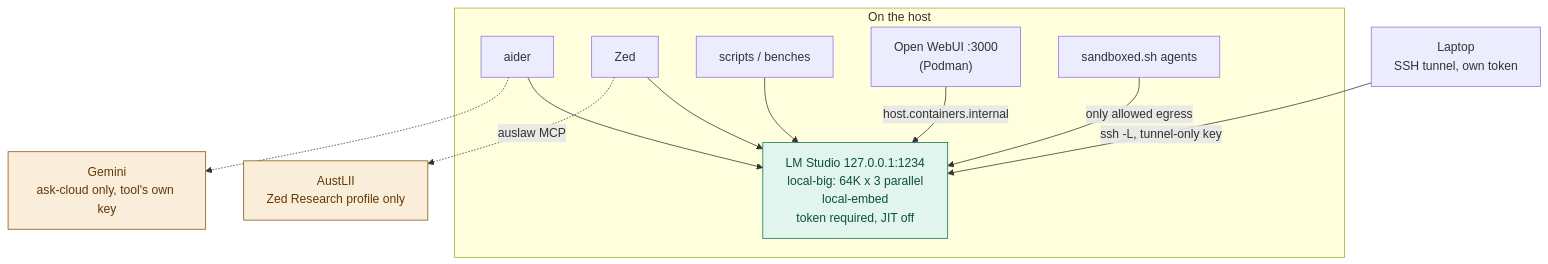
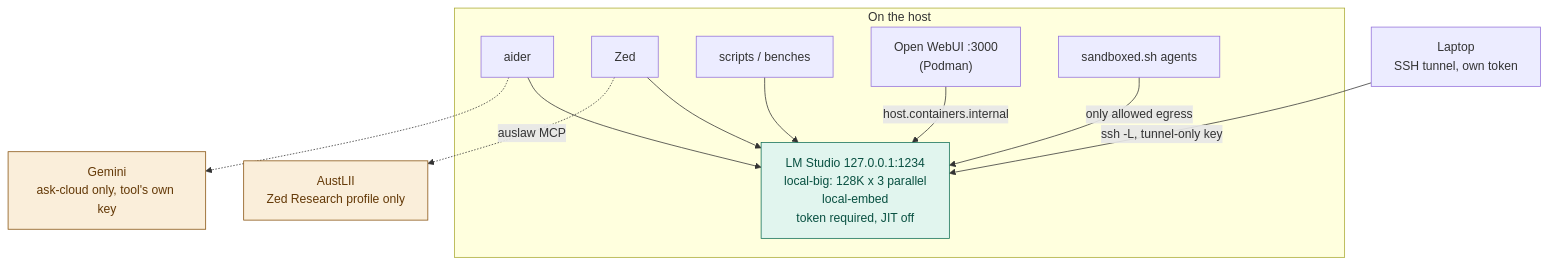
One commit to ouster/hearth changed the diagram in docs/ARCHITECTURE.md. Above: the diagram before and after it, drawn with Mermaid. The commit also changed other lines of this file and 32 other files, not shown here.

First line of the commit message:
Raise local-big context to 128K and close the migration review findings.

````diff
--- a/docs/ARCHITECTURE.md
+++ b/docs/ARCHITECTURE.md
@@ -11,29 +11,29 @@
 ```mermaid
 flowchart TB
     subgraph onHost["On the host"]
         aider["aider"]
         zed["Zed"]
         scripts["scripts / benches"]
         webui["Open WebUI :3000<br/>(Podman)"]
         sbx["sandboxed.sh agents"]
-        lms["LM Studio 127.0.0.1:1234<br/>local-big: 64K x 3 parallel<br/>local-embed<br/>token required, JIT off"]
+        lms["LM Studio 127.0.0.1:1234<br/>local-big: 128K x 3 parallel<br/>local-embed<br/>token required, JIT off"]
     end
 
     laptop["Laptop<br/>SSH tunnel, own token"]
     cloud["Gemini<br/>ask-cloud only, tool's own key"]
     austlii["AustLII<br/>Zed Research profile only"]
 
     aider --> lms
     zed --> lms
     scripts --> lms
     webui -->|"host.containers.internal"| lms
     sbx -->|"only allowed egress"| lms
     laptop -->|"ssh -L, tunnel-only key"| lms
     aider -.-> cloud
     zed -.->|"auslaw MCP"| austlii
 
     classDef localCls fill:#E1F5EE,stroke:#0F6E56,color:#085041
     classDef leaveCls fill:#FAEEDA,stroke:#854F0B,color:#633806
     class lms localCls
     class cloud,austlii leaveCls
 ```
````
